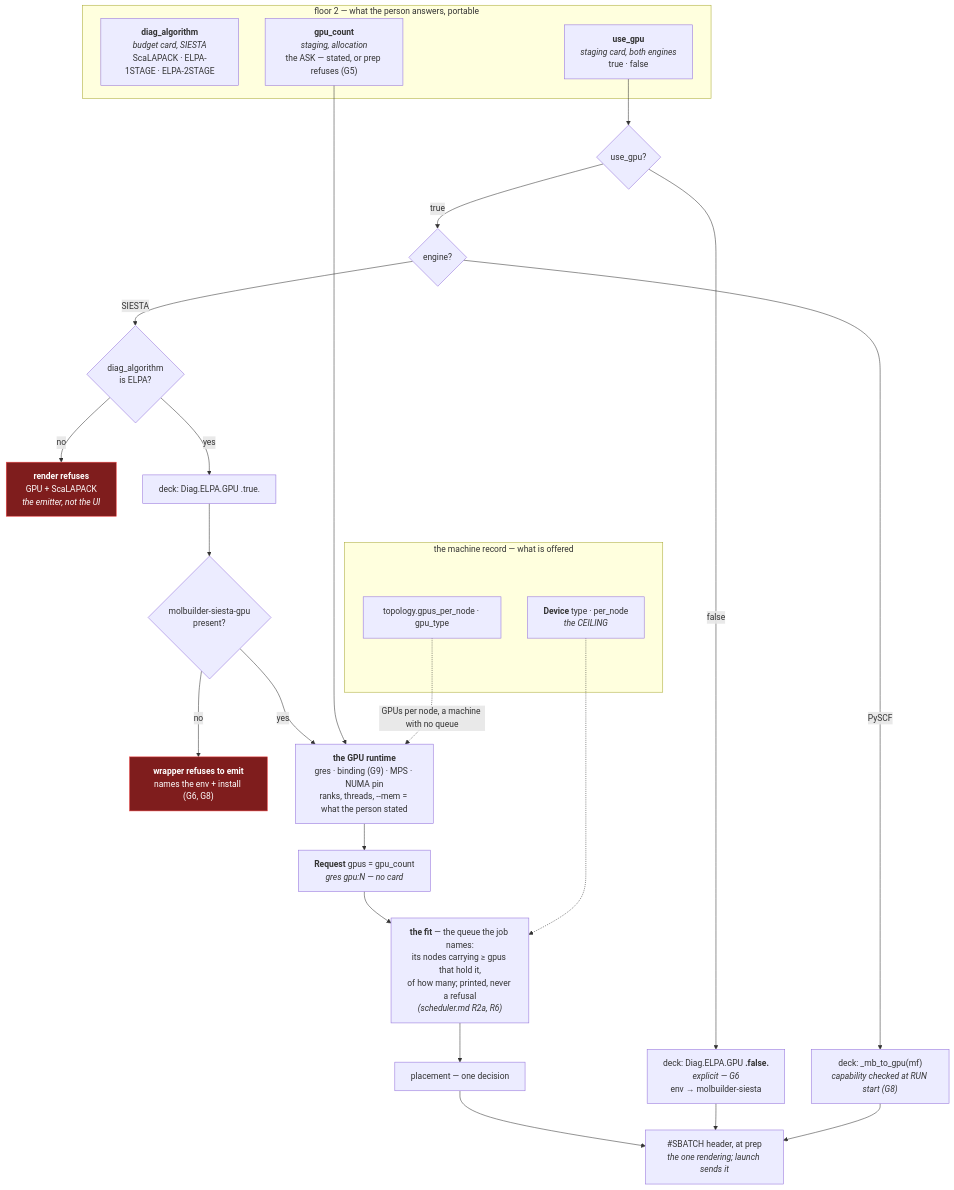
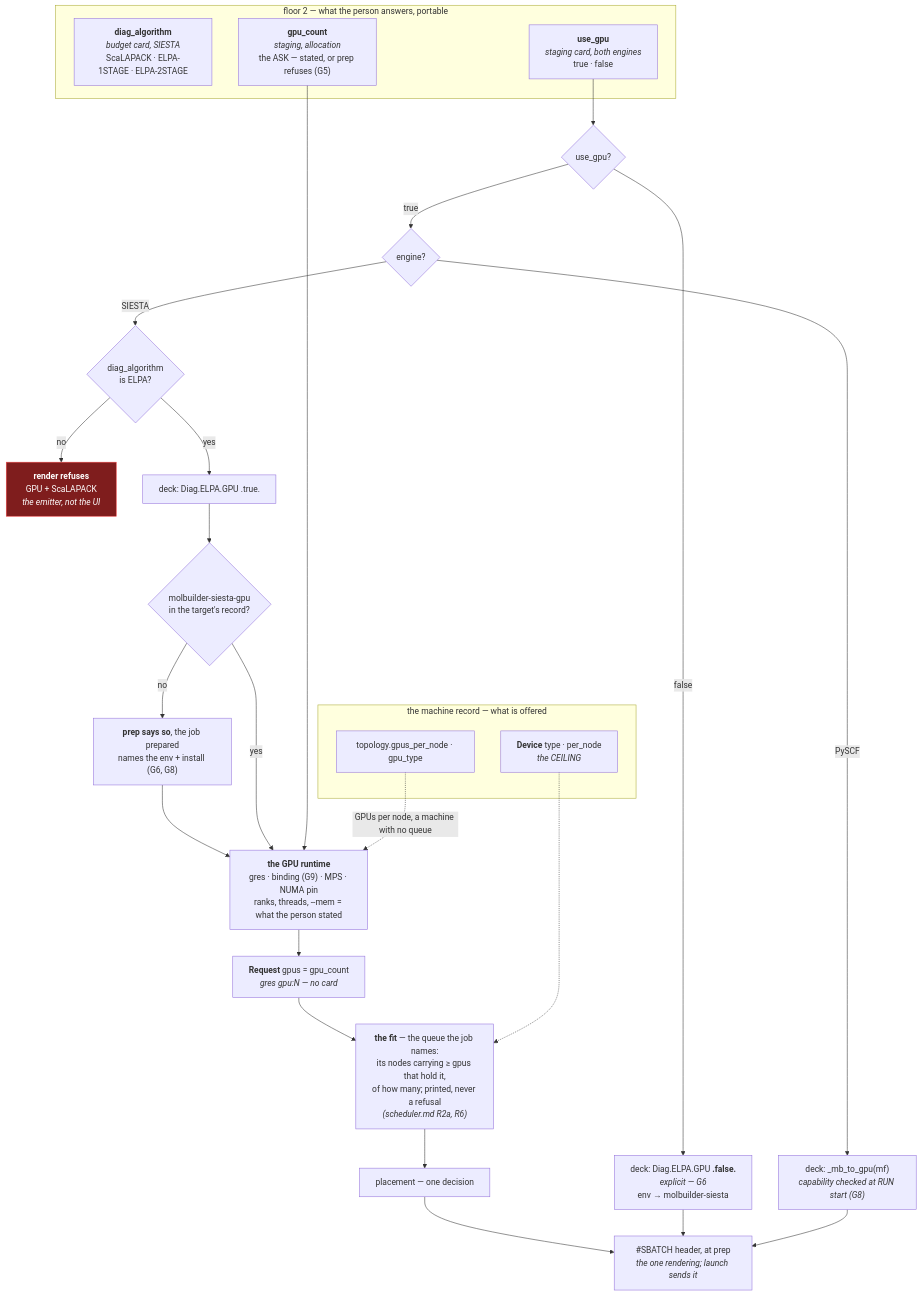
Before and after one commit to Qing-LAB/molbuilder: the diagram in docs/execution/gpu.md, drawn with Mermaid. The commit also changed other lines of this file and 72 other files, not shown here.

````diff
--- a/docs/execution/gpu.md
+++ b/docs/execution/gpu.md
@@ -200,41 +207,42 @@
 ```mermaid
 flowchart TB
     subgraph ASK["floor 2 — what the person answers, portable"]
         SOLVER["<b>diag_algorithm</b><br/><i>budget card, SIESTA</i><br/>ScaLAPACK · ELPA-1STAGE · ELPA-2STAGE"]
         WANT["<b>use_gpu</b><br/><i>staging card, both engines</i><br/>true · false"]
         COUNT["<b>gpu_count</b><br/><i>staging, allocation</i><br/>the ASK — stated, or prep refuses (G5)"]
     end
 
     subgraph MACH["the machine record — what is offered"]
         DEV["<b>Device</b> type · per_node<br/><i>the CEILING</i>"]
         TOPO["topology.gpus_per_node · gpu_type"]
     end
 
     WANT --> Q1{"use_gpu?"}
     Q1 -->|false| CPU["deck: Diag.ELPA.GPU <b>.false.</b><br/><i>explicit — G6</i><br/>env → molbuilder-siesta"]
     Q1 -->|true| Q2{"engine?"}
 
     Q2 -->|SIESTA| Q3{"diag_algorithm<br/>is ELPA?"}
     Q3 -->|no| REFUSE1["<b>render refuses</b><br/>GPU + ScaLAPACK<br/><i>the emitter, not the UI</i>"]
     Q3 -->|yes| DECK["deck: Diag.ELPA.GPU .true."]
     Q2 -->|PySCF| PYDECK["deck: _mb_to_gpu(mf)<br/><i>capability checked at RUN start (G8)</i>"]
 
-    DECK --> ENV{"molbuilder-siesta-gpu<br/>present?"}
-    ENV -->|no| REFUSE2["<b>wrapper refuses to emit</b><br/>names the env + install (G6, G8)"]
+    DECK --> ENV{"molbuilder-siesta-gpu<br/>in the target's record?"}
+    ENV -->|no| SAID2["<b>prep says so</b>, the job prepared<br/>names the env + install (G6, G8)"]
+    SAID2 --> RT
     ENV -->|yes| RT["<b>the GPU runtime</b><br/>gres · binding (G9) · MPS · NUMA pin<br/>ranks, threads, --mem = what the person stated"]
 
     COUNT --> RT
     TOPO -.->|"GPUs per node, a machine with no queue"| RT
     RT --> REQ["<b>Request</b> gpus = gpu_count<br/><i>gres gpu:N — no card</i>"]
 
     REQ --> FIT["<b>the fit</b> — the queue the job names:<br/>its nodes carrying ≥ gpus that hold it,<br/>of how many; printed, never a refusal<br/><i>(scheduler.md R2a, R6)</i>"]
     DEV -.-> FIT
     FIT --> PLACE["placement — one decision"]
     PLACE --> OUT["#SBATCH header, at prep<br/><i>the one rendering; launch sends it</i>"]
 
     CPU --> OUT
     PYDECK --> OUT
 
     classDef refuse fill:#7f1d1d,stroke:#ef4444,color:#fff
-    class REFUSE1,REFUSE2 refuse
+    class REFUSE1 refuse
 ```
````
